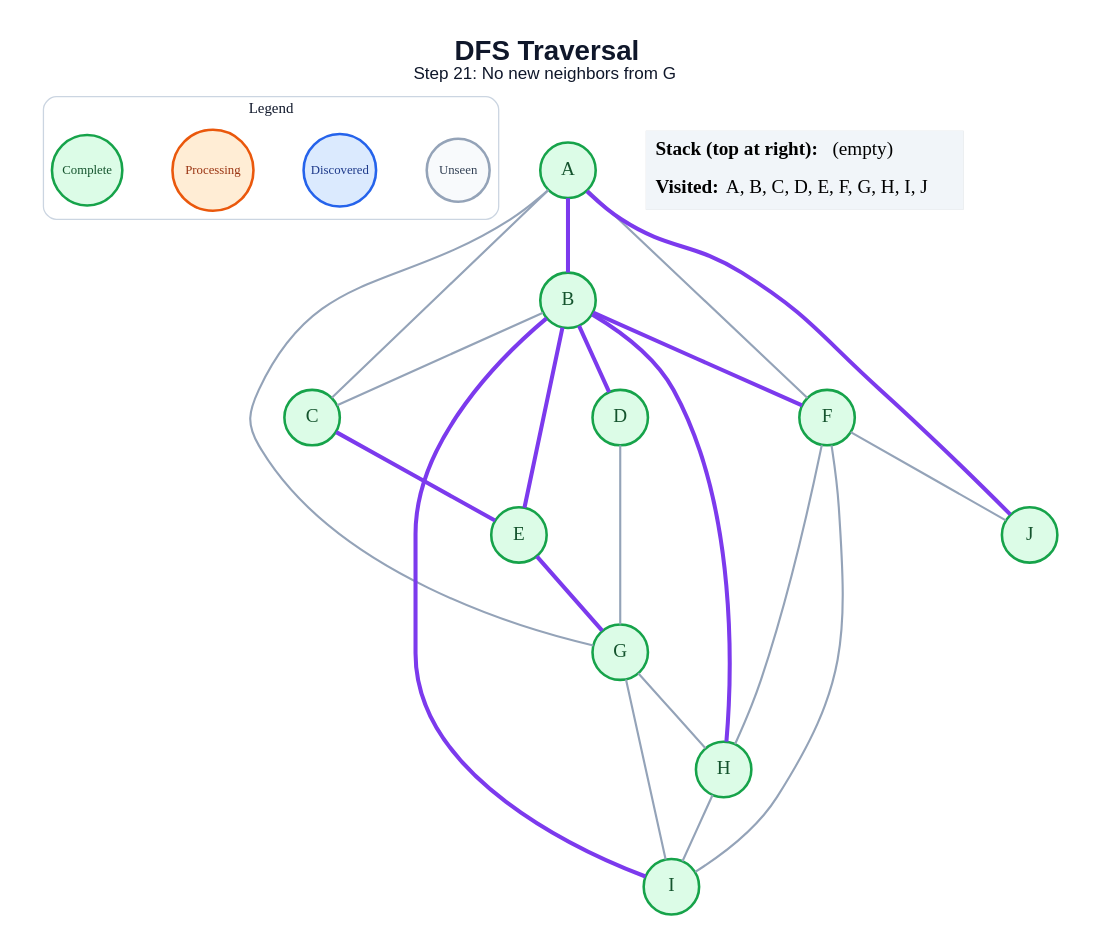
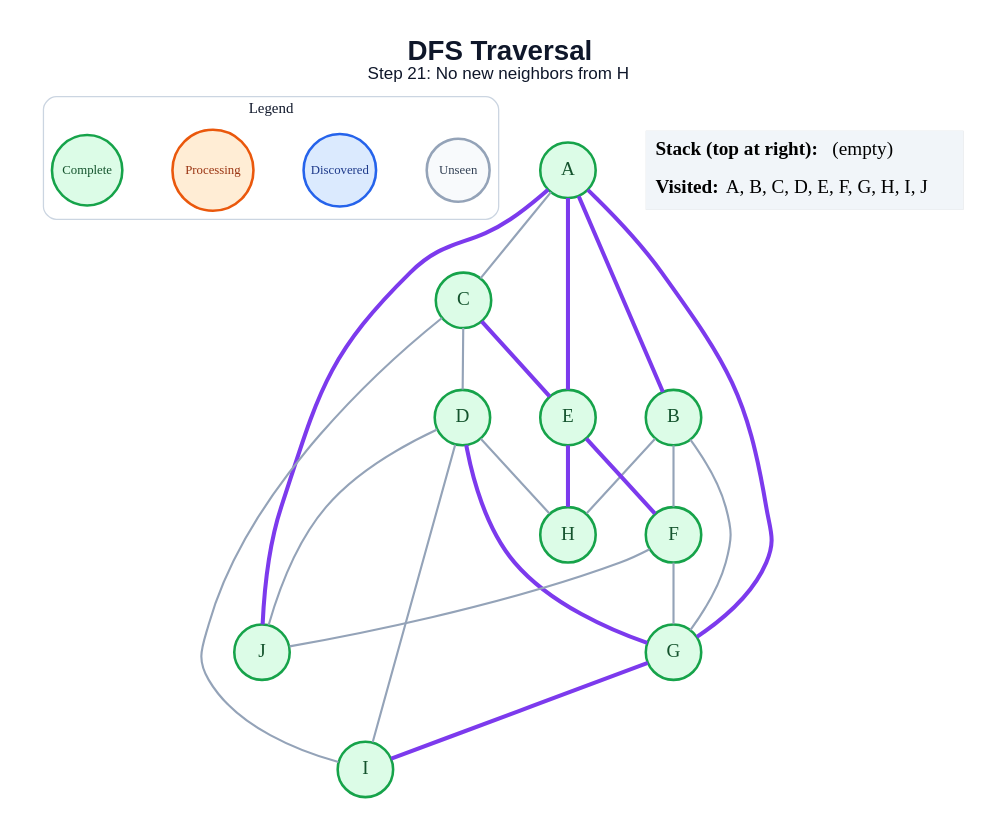
Before and after one commit to anon7238593-create/ai-slop: the diagram in generated/specific-node/dfs/step_21.dot, drawn with Graphviz. The commit also changed 171 other files, not shown here.

```diff
--- a/generated/specific-node/dfs/step_21.dot
+++ b/generated/specific-node/dfs/step_21.dot
@@ -1,49 +1,49 @@
 graph traversal {
   graph [layout=dot, rankdir=TB, bgcolor="#FFFFFF", pad="0.35", nodesep="0.65", ranksep="0.8", fontname="Arial"];
   node [shape=circle, style="filled", fontname="Arial Bold", fontsize=18, width=0.72, fixedsize=true, penwidth=2.4];
   edge [color="#94A3B8", penwidth=2.0];
-  label=<<B>DFS Traversal</B><BR/><FONT POINT-SIZE="16">Step 21: No new neighbors from G</FONT>>; labelloc="t"; fontsize=26; fontname="Arial"; fontcolor="#0F172A";
+  label=<<B>DFS Traversal</B><BR/><FONT POINT-SIZE="16">Step 21: No new neighbors from H</FONT>>; labelloc="t"; fontsize=26; fontname="Arial"; fontcolor="#0F172A";
   subgraph cluster_legend { label="Legend"; color="#CBD5E1"; penwidth=1.2; style="rounded"; fontsize=14; fontname="Arial Bold";
     key_unseen [label="Unseen", fillcolor="#F8FAFC", color="#94A3B8", fontcolor="#334155", fontsize=12, width=0.82];
     key_frontier [label="Discovered", fillcolor="#DBEAFE", color="#2563EB", fontcolor="#1E3A8A", fontsize=12, width=0.95];
     key_current [label="Processing", fillcolor="#FFEDD5", color="#EA580C", fontcolor="#9A3412", fontsize=12, width=1.05];
     key_done [label="Complete", fillcolor="#DCFCE7", color="#16A34A", fontcolor="#14532D", fontsize=12, width=0.92];
     { rank=same; key_unseen; key_frontier; key_current; key_done; }
   }
   A [fillcolor="#DCFCE7", color="#16A34A", fontcolor="#14532D"];
   B [fillcolor="#DCFCE7", color="#16A34A", fontcolor="#14532D"];
   C [fillcolor="#DCFCE7", color="#16A34A", fontcolor="#14532D"];
   D [fillcolor="#DCFCE7", color="#16A34A", fontcolor="#14532D"];
   E [fillcolor="#DCFCE7", color="#16A34A", fontcolor="#14532D"];
   F [fillcolor="#DCFCE7", color="#16A34A", fontcolor="#14532D"];
   G [fillcolor="#DCFCE7", color="#16A34A", fontcolor="#14532D"];
   H [fillcolor="#DCFCE7", color="#16A34A", fontcolor="#14532D"];
   I [fillcolor="#DCFCE7", color="#16A34A", fontcolor="#14532D"];
   J [fillcolor="#DCFCE7", color="#16A34A", fontcolor="#14532D"];
   A -- B [color="#7C3AED", penwidth=3.8];
   A -- C;
-  A -- F;
-  A -- G;
+  A -- E [color="#7C3AED", penwidth=3.8];
+  A -- G [color="#7C3AED", penwidth=3.8];
   A -- J [color="#7C3AED", penwidth=3.8];
-  B -- C;
-  B -- D [color="#7C3AED", penwidth=3.8];
-  B -- E [color="#7C3AED", penwidth=3.8];
-  B -- F [color="#7C3AED", penwidth=3.8];
-  B -- H [color="#7C3AED", penwidth=3.8];
-  B -- I [color="#7C3AED", penwidth=3.8];
+  B -- F;
+  B -- G;
+  B -- H;
+  C -- D;
   C -- E [color="#7C3AED", penwidth=3.8];
-  D -- G;
-  E -- G [color="#7C3AED", penwidth=3.8];
-  F -- H;
-  F -- I;
+  C -- I;
+  D -- G [color="#7C3AED", penwidth=3.8];
+  D -- H;
+  D -- I;
+  D -- J;
+  E -- F [color="#7C3AED", penwidth=3.8];
+  E -- H [color="#7C3AED", penwidth=3.8];
+  F -- G;
   F -- J;
-  G -- H;
-  G -- I;
-  H -- I;
+  G -- I [color="#7C3AED", penwidth=3.8];
   status [shape=plain, fixedsize=false, width=0, height=0, margin=0, label=<
     <TABLE BORDER="0" CELLBORDER="0" CELLPADDING="7" BGCOLOR="#F1F5F9">
       <TR><TD ALIGN="LEFT"><B>Stack (top at right):</B> (empty)</TD></TR>
       <TR><TD ALIGN="LEFT"><B>Visited:</B> A, B, C, D, E, F, G, H, I, J</TD></TR>
     </TABLE>
   >];
 }
```
